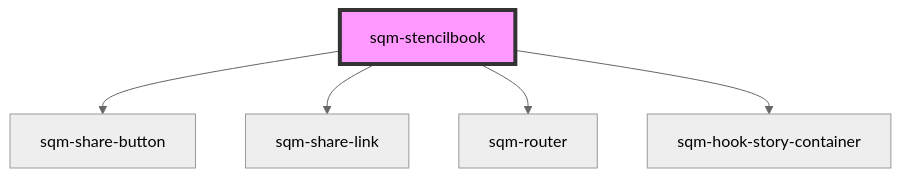
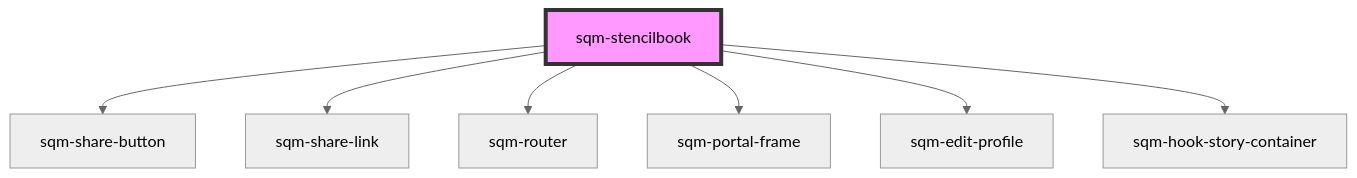
The diagram in packages/mint-components/src/components/sqm-stencilbook/readme.md (saasquatch/program-tools), drawn with Mermaid (neutral theme) before and after one commit. The commit also changed other lines of this file and 4 other files, not shown here.

Commit message:
add form edit profile story

````diff
--- a/packages/mint-components/src/components/sqm-stencilbook/readme.md
+++ b/packages/mint-components/src/components/sqm-stencilbook/readme.md
@@ -18,8 +20,10 @@
 ```mermaid
 graph TD;
   sqm-stencilbook --> sqm-share-button
   sqm-stencilbook --> sqm-share-link
   sqm-stencilbook --> sqm-router
+  sqm-stencilbook --> sqm-portal-frame
+  sqm-stencilbook --> sqm-edit-profile
   sqm-stencilbook --> sqm-hook-story-container
   style sqm-stencilbook fill:#f9f,stroke:#333,stroke-width:4px
 ```
````
